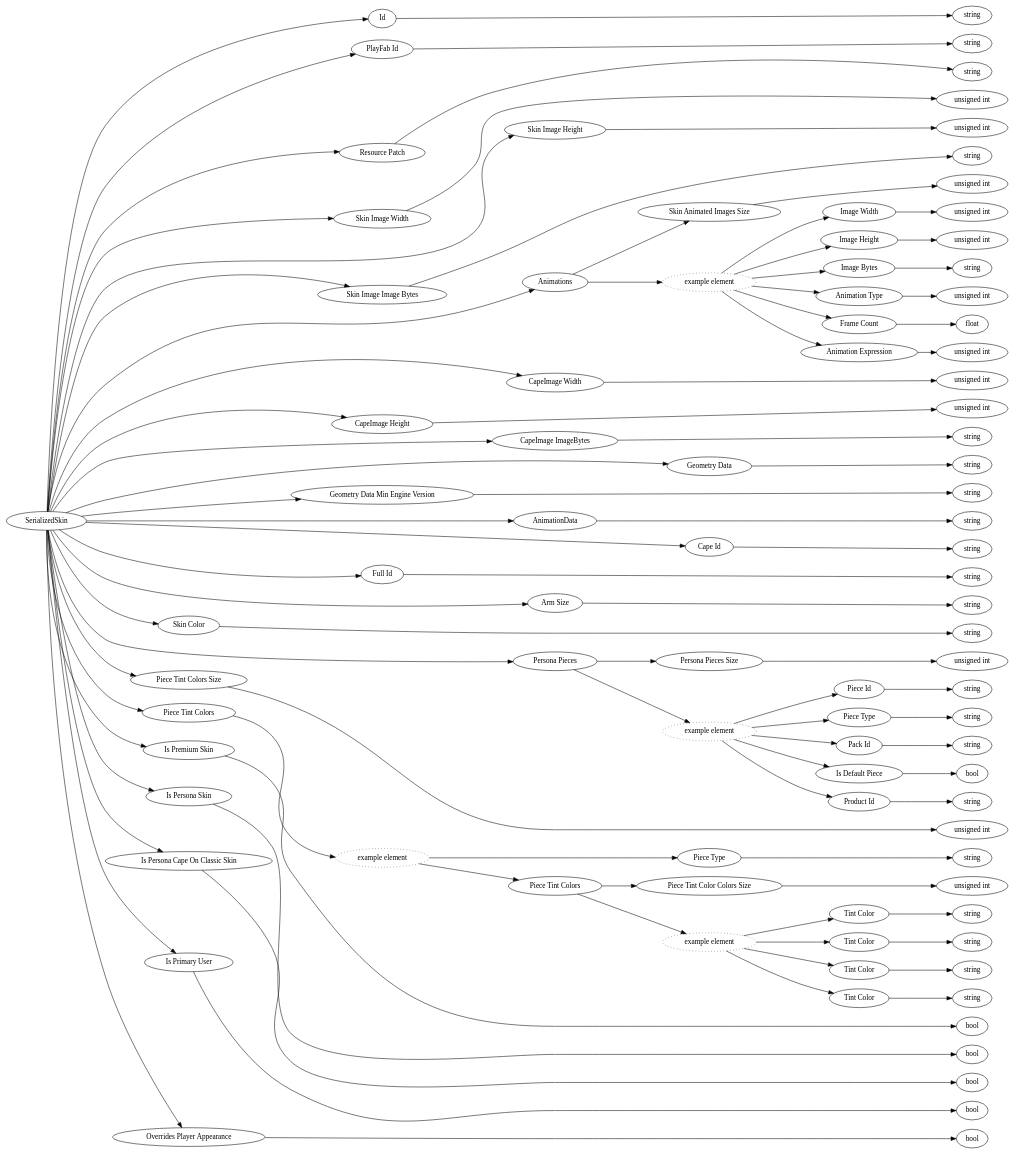
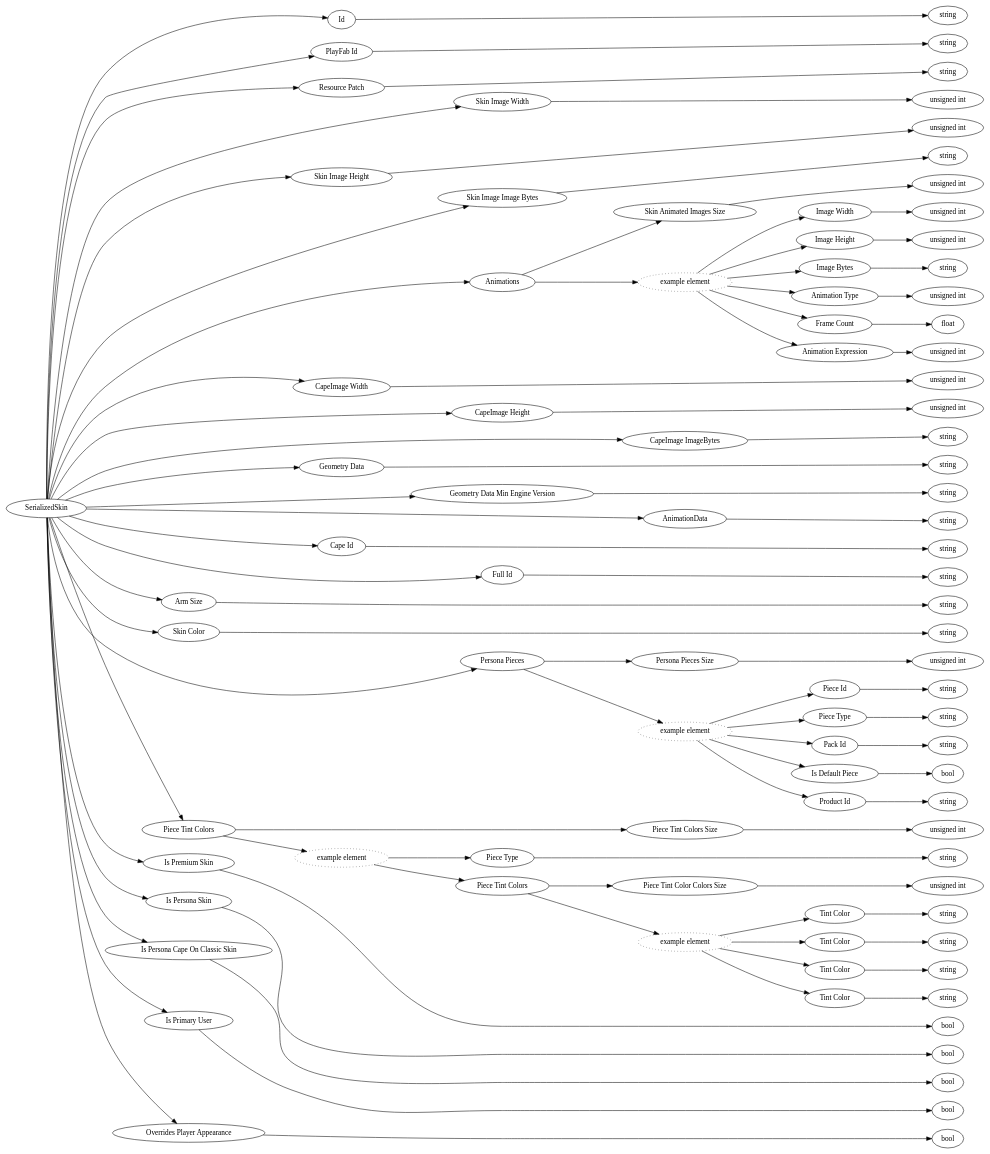
Before and after one commit to Mojang/bedrock-protocol-docs: the diagram in dot/SerializedSkin.dot, drawn with Graphviz. The commit also changed 485 other files, not shown here.

```diff
--- a/dot/SerializedSkin.dot
+++ b/dot/SerializedSkin.dot
@@ -65,8 +65,8 @@
 83 -> 84
 22 -> 85
 85 -> 86
-22 -> 87
-87 -> 88
+86 -> 87
+85 -> 88
 88 -> 89
 89 -> 90
 88 -> 91
@@ -155,9 +155,9 @@
 82 [label="bool",comment="name: \"bool\", typeName: \"\", id: 82, branchId: 0, recurseId: -1, attributes: 512, notes: \"\""];
 83 [label="Product Id",comment="name: \"Product Id\", typeName: \"\", id: 83, branchId: 0, recurseId: -1, attributes: 0, notes: \"\""];
 84 [label="string",comment="name: \"string\", typeName: \"\", id: 84, branchId: 0, recurseId: -1, attributes: 512, notes: \"\""];
-85 [label="Piece Tint Colors Size",comment="name: \"Piece Tint Colors Size\", typeName: \"\", id: 85, branchId: 0, recurseId: -1, attributes: 0, notes: \"\""];
-86 [label="unsigned int",comment="name: \"unsigned int\", typeName: \"\", id: 86, branchId: 0, recurseId: -1, attributes: 512, notes: \"\""];
-87 [label="Piece Tint Colors",comment="name: \"Piece Tint Colors\", typeName: \"\", id: 87, branchId: 0, recurseId: -1, attributes: 8, notes: \"\""];
+85 [label="Piece Tint Colors",comment="name: \"Piece Tint Colors\", typeName: \"\", id: 85, branchId: 0, recurseId: -1, attributes: 8, notes: \"\""];
+86 [label="Piece Tint Colors Size",comment="name: \"Piece Tint Colors Size\", typeName: \"\", id: 86, branchId: 0, recurseId: -1, attributes: 0, notes: \"\""];
+87 [label="unsigned int",comment="name: \"unsigned int\", typeName: \"\", id: 87, branchId: 0, recurseId: -1, attributes: 512, notes: \"\""];
 88 [label="example element",style=dotted,comment="name: \"example element\", typeName: \"\", id: 88, branchId: 0, recurseId: -1, attributes: 16, notes: \"\""];
 89 [label="Piece Type",comment="name: \"Piece Type\", typeName: \"\", id: 89, branchId: 0, recurseId: -1, attributes: 0, notes: \"\""];
 90 [label="string",comment="name: \"string\", typeName: \"\", id: 90, branchId: 0, recurseId: -1, attributes: 512, notes: \"\""];
@@ -183,6 +183,6 @@
 110 [label="bool",comment="name: \"bool\", typeName: \"\", id: 110, branchId: 0, recurseId: -1, attributes: 512, notes: \"\""];
 111 [label="Overrides Player Appearance",comment="name: \"Overrides Player Appearance\", typeName: \"\", id: 111, branchId: 0, recurseId: -1, attributes: 0, notes: \"\""];
 112 [label="bool",comment="name: \"bool\", typeName: \"\", id: 112, branchId: 0, recurseId: -1, attributes: 512, notes: \"\""];
-{ rank = max;24;26;28;30;32;34;37;40;42;44;46;48;50;52;54;56;58;60;62;64;66;68;70;73;76;78;80;82;84;86;90;93;96;98;100;102;104;106;108;110;112}
+{ rank = max;24;26;28;30;32;34;37;40;42;44;46;48;50;52;54;56;58;60;62;64;66;68;70;73;76;78;80;82;84;87;90;93;96;98;100;102;104;106;108;110;112}
 
 }
```
